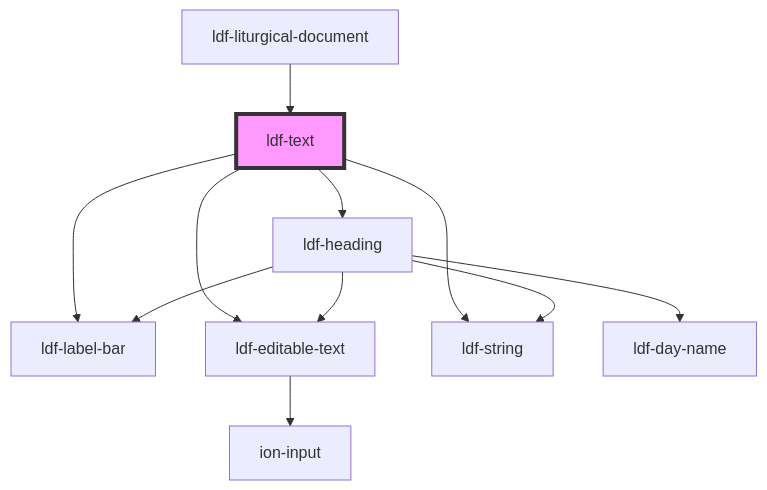
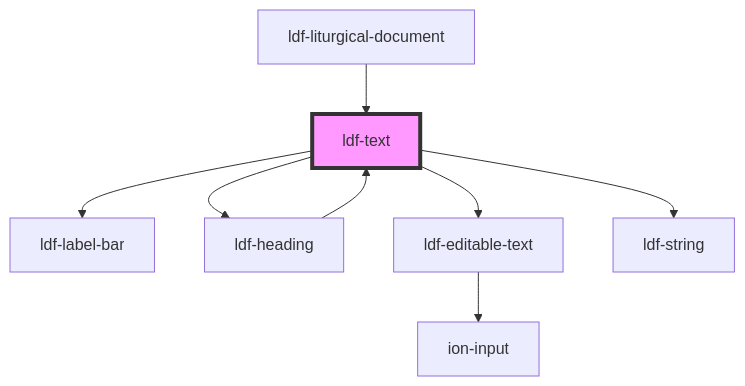
One commit to gbj/venite changed the diagram in components/src/components/text/readme.md. Above: the diagram before and after it, drawn with Mermaid. The commit also changed other lines of this file and 22 other files, not shown here.

````diff
--- a/components/src/components/text/readme.md
+++ b/components/src/components/text/readme.md
@@ -31,14 +32,11 @@
 ```mermaid
 graph TD;
   ldf-text --> ldf-label-bar
   ldf-text --> ldf-heading
   ldf-text --> ldf-editable-text
   ldf-text --> ldf-string
-  ldf-heading --> ldf-string
-  ldf-heading --> ldf-editable-text
-  ldf-heading --> ldf-label-bar
-  ldf-heading --> ldf-day-name
+  ldf-heading --> ldf-text
   ldf-editable-text --> ion-input
   ldf-liturgical-document --> ldf-text
   style ldf-text fill:#f9f,stroke:#333,stroke-width:4px
 ```
````
